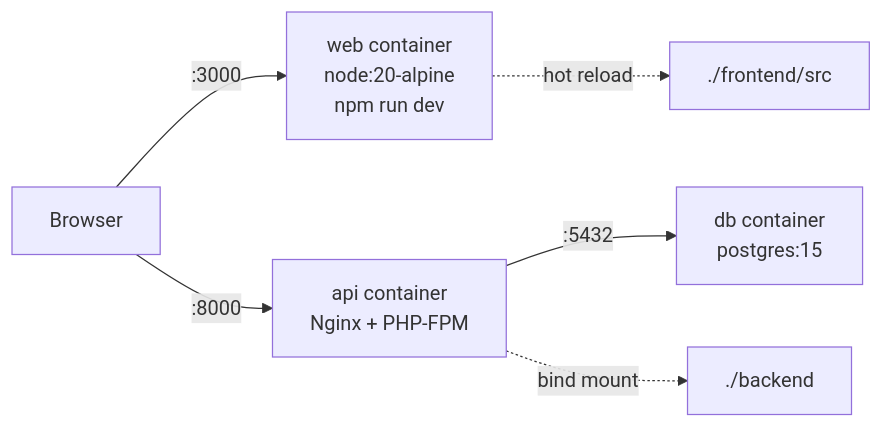
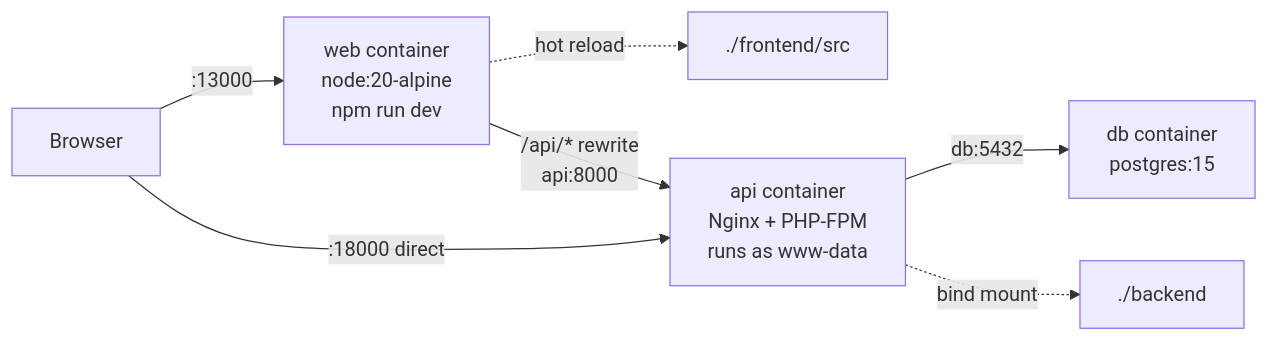
Before and after one commit to bgvdev/expense-tracker: the fourth of 4 diagrams in docs/ARCHITECTURE.md, drawn with Mermaid. The commit also changed other lines of this file and 54 other files, not shown here.

````diff
--- a/docs/ARCHITECTURE.md
+++ b/docs/ARCHITECTURE.md
@@ -169,8 +169,9 @@
 ```mermaid
 graph LR
-    Browser -->|:3000| Web[web container<br/>node:20-alpine<br/>npm run dev]
+    Browser -->|:13000| Web[web container<br/>node:20-alpine<br/>npm run dev]
     Web -.->|hot reload| Src[./frontend/src]
-    Browser -->|:8000| API[api container<br/>Nginx + PHP-FPM]
-    API -->|:5432| DB[db container<br/>postgres:15]
+    Web -->|/api/* rewrite<br/>api:8000| API[api container<br/>Nginx + PHP-FPM<br/>runs as www-data]
+    Browser -->|:18000 direct| API
+    API -->|db:5432| DB[db container<br/>postgres:15]
     API -.->|bind mount| BackendSrc[./backend]
 ```
````
